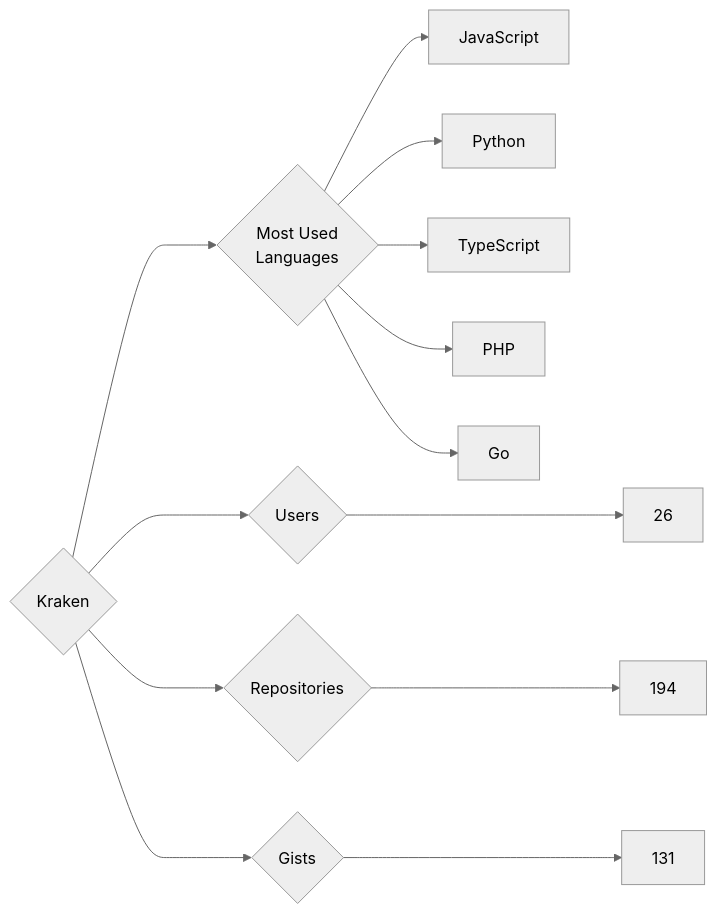
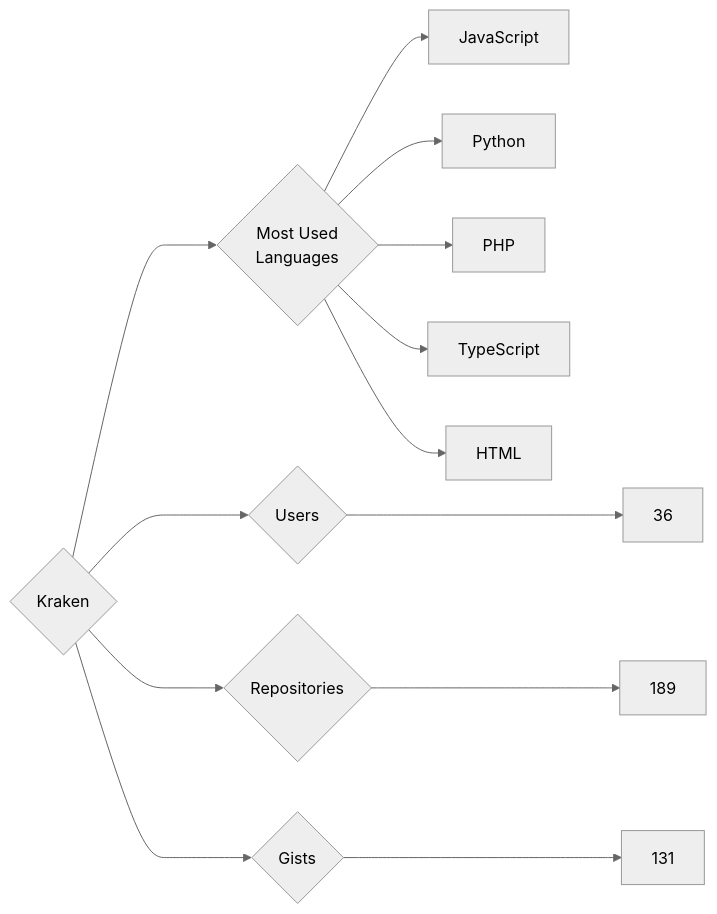
Before and after one commit to trickest/insiders: the diagram in targets/Kraken/README.md, drawn with Mermaid (neutral theme). The commit also changed 882 other files, not shown here.

````diff
--- a/targets/Kraken/README.md
+++ b/targets/Kraken/README.md
@@ -3,13 +3,13 @@
 ```mermaid
 graph LR
 COMPANY_NAME{Kraken}
-COMPANY_NAME ---> U{Users} ---> UN[26]
-COMPANY_NAME ---> R{Repositories} ---> RN[194]
+COMPANY_NAME ---> U{Users} ---> UN[36]
+COMPANY_NAME ---> R{Repositories} ---> RN[189]
 COMPANY_NAME ---> G{Gists} ---> GN[131]
 COMPANY_NAME ---> ML{Most Used<br>Languages}
 ML --> JavaScript[JavaScript]
 ML --> Python[Python]
+ML --> PHP[PHP]
 ML --> TypeScript[TypeScript]
-ML --> PHP[PHP]
-ML --> Go[Go]
+ML --> HTML[HTML]
 ```
````
